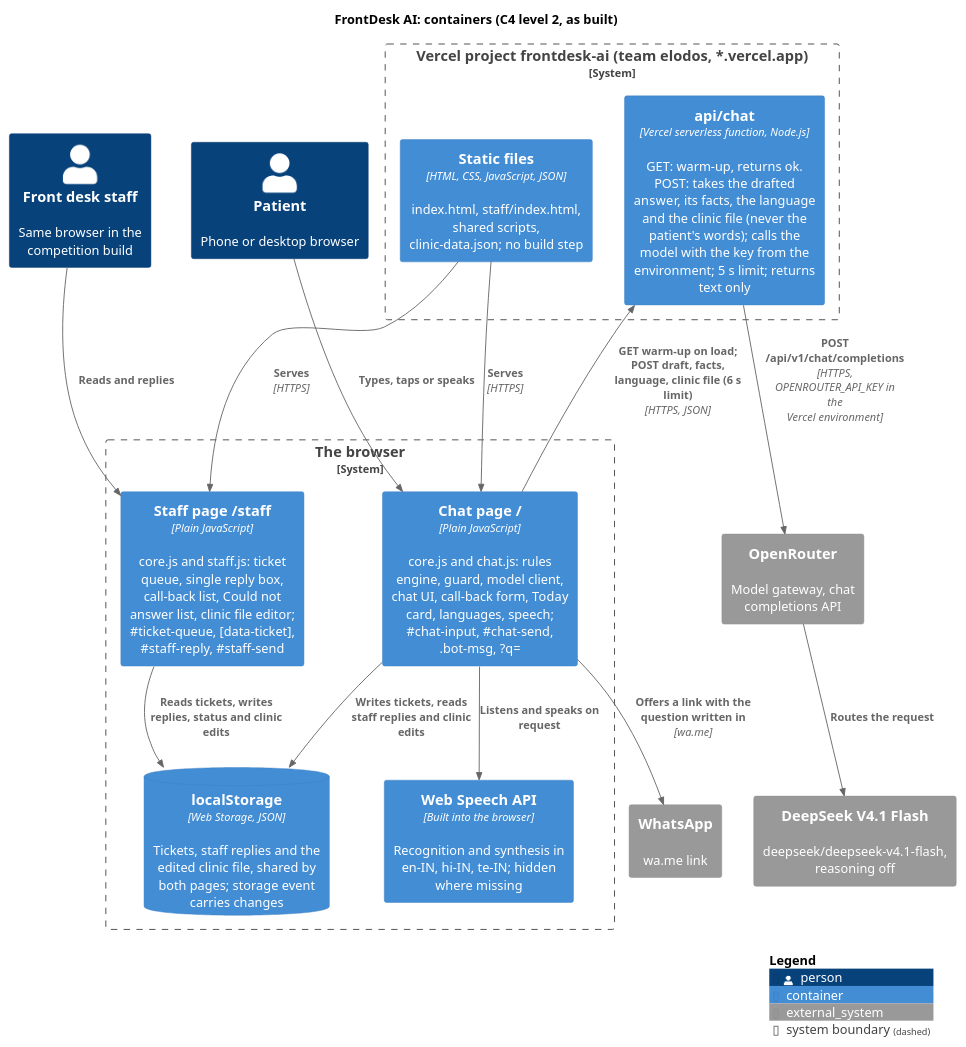
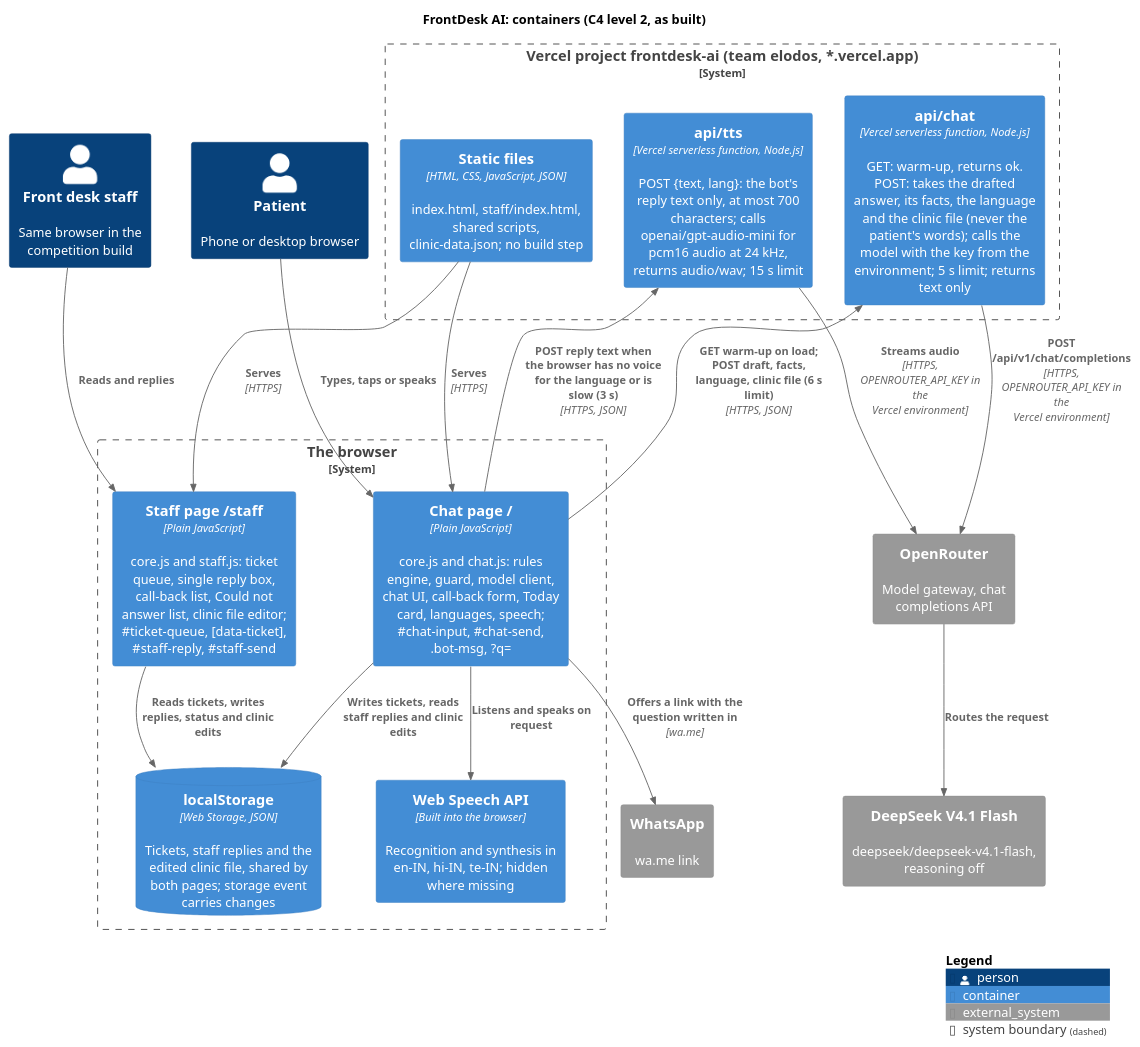
Before and after one commit to karwasanjay007/frontdesk-ai-docs: the diagram in docs/diagrams/c4-container.puml, drawn with PlantUML. The commit also changed 11 other files, not shown here.

First line of the commit message:
Backup voice for Listen (api/tts) and clinic info side panel

```diff
--- a/docs/diagrams/c4-container.puml
+++ b/docs/diagrams/c4-container.puml
@@ -1,36 +1,39 @@
 @startuml c4-container
 !include <C4/C4_Container>
 title FrontDesk AI: containers (C4 level 2, as built)
 
 Person(patient, "Patient", "Phone or desktop browser")
 Person(staff, "Front desk staff", "Same browser in the competition build")
 System_Ext(openrouter, "OpenRouter", "Model gateway, chat completions API")
 System_Ext(deepseek, "DeepSeek V4.1 Flash", "deepseek/deepseek-v4.1-flash, reasoning off")
 System_Ext(whatsapp, "WhatsApp", "wa.me link")
 
 System_Boundary(vercel, "Vercel project frontdesk-ai (team elodos, *.vercel.app)") {
   Container(static, "Static files", "HTML, CSS, JavaScript, JSON", "index.html, staff/index.html, shared scripts, clinic-data.json; no build step")
   Container(fn, "api/chat", "Vercel serverless function, Node.js", "GET: warm-up, returns ok. POST: takes the drafted answer, its facts, the language and the clinic file (never the patient's words); calls the model with the key from the environment; 5 s limit; returns text only")
+  Container(tts, "api/tts", "Vercel serverless function, Node.js", "POST {text, lang}: the bot's reply text only, at most 700 characters; calls openai/gpt-audio-mini for pcm16 audio at 24 kHz, returns audio/wav; 15 s limit")
 }
 
 System_Boundary(browser, "The browser") {
   Container(chat, "Chat page /", "Plain JavaScript", "core.js and chat.js: rules engine, guard, model client, chat UI, call-back form, Today card, languages, speech; #chat-input, #chat-send, .bot-msg, ?q=")
   Container(staffui, "Staff page /staff", "Plain JavaScript", "core.js and staff.js: ticket queue, single reply box, call-back list, Could not answer list, clinic file editor; #ticket-queue, [data-ticket], #staff-reply, #staff-send")
   ContainerDb(ls, "localStorage", "Web Storage, JSON", "Tickets, staff replies and the edited clinic file, shared by both pages; storage event carries changes")
   Container(speech, "Web Speech API", "Built into the browser", "Recognition and synthesis in en-IN, hi-IN, te-IN; hidden where missing")
 }
 
 Rel(patient, chat, "Types, taps or speaks")
 Rel(staff, staffui, "Reads and replies")
 Rel(static, chat, "Serves", "HTTPS")
 Rel(static, staffui, "Serves", "HTTPS")
 Rel(chat, fn, "GET warm-up on load; POST draft, facts, language, clinic file (6 s limit)", "HTTPS, JSON")
 Rel(fn, openrouter, "POST /api/v1/chat/completions", "HTTPS, OPENROUTER_API_KEY in the Vercel environment")
+Rel(chat, tts, "POST reply text when the browser has no voice for the language or is slow (3 s)", "HTTPS, JSON")
+Rel(tts, openrouter, "Streams audio", "HTTPS, OPENROUTER_API_KEY in the Vercel environment")
 Rel(openrouter, deepseek, "Routes the request")
 Rel(chat, ls, "Writes tickets, reads staff replies and clinic edits")
 Rel(staffui, ls, "Reads tickets, writes replies, status and clinic edits")
 Rel(chat, speech, "Listens and speaks on request")
 Rel(chat, whatsapp, "Offers a link with the question written in", "wa.me")
 
 SHOW_LEGEND()
 @enduml
```
